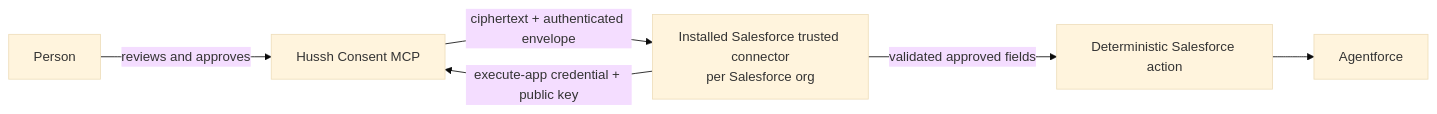
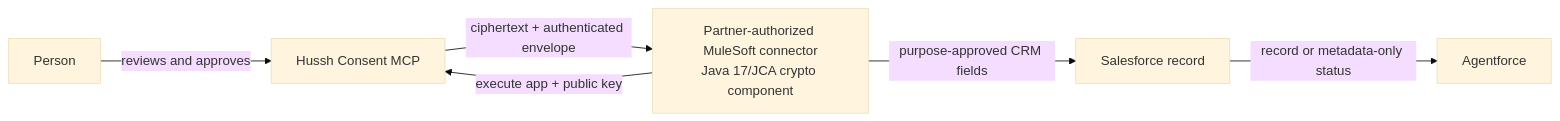
The diagram in consent-protocol/docs/reference/mulesoft-agentforce-secure-relay.md (hushh-labs/hushh-research), drawn with Mermaid (base theme) before and after one commit. The commit also changed other lines of this file and 198 other files, not shown here.

````diff
--- a/consent-protocol/docs/reference/mulesoft-agentforce-secure-relay.md
+++ b/consent-protocol/docs/reference/mulesoft-agentforce-secure-relay.md
@@ -19,8 +32,8 @@
 ```mermaid
 flowchart LR
-  person["Person"] -->|"reviews and approves"| hushh["Hussh Consent MCP"]
-  connector["Installed Salesforce trusted connector<br/>per Salesforce org"] -->|"execute-app credential + public key"| hushh
-  hushh -->|"ciphertext + authenticated envelope"| connector
-  connector -->|"validated approved fields"| action["Deterministic Salesforce action"]
-  action --> agentforce["Agentforce"]
+  person["Person"] -->|"reviews and approves"| hussh["Hussh Consent MCP"]
+  mule["Partner-authorized MuleSoft connector<br/>Java 17/JCA crypto component"] -->|"execute app + public key"| hussh
+  hussh -->|"ciphertext + authenticated envelope"| mule
+  mule -->|"purpose-approved CRM fields"| salesforce["Salesforce record"]
+  salesforce -->|"record or metadata-only status"| agentforce["Agentforce"]
 ```
````
